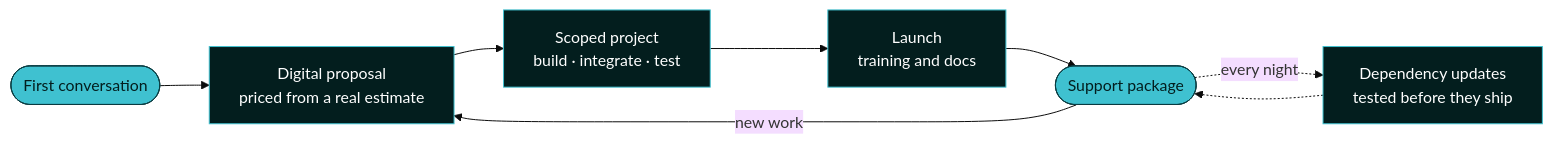
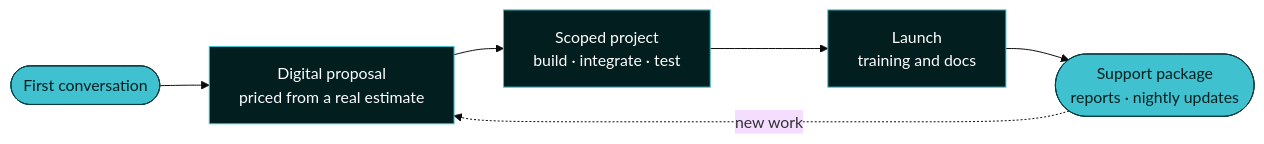
The diagram in profile/README.md (linchpin/.github), drawn with Mermaid (base theme) before and after one commit. The commit also changed other lines of this file, not shown here.

Commit message:
docs: fit the engagement diagram and label every table column

````diff
--- a/profile/README.md
+++ b/profile/README.md
@@ -55,15 +55,13 @@
 ```mermaid
 flowchart LR
     hello([First conversation]) --> proposal["Digital proposal<br/>priced from a real estimate"]
     proposal --> project["Scoped project<br/>build · integrate · test"]
     project --> launch["Launch<br/>training and docs"]
-    launch --> support(["Support package"])
-    support -- "new work" --> proposal
-    support -. "every night" .-> updates["Dependency updates<br/>tested before they ship"]
-    updates -.-> support
+    launch --> support(["Support package<br/>reports · nightly updates"])
+    support -. "new work" .-> proposal
 
     classDef brand fill:#3fc1d0,stroke:#0A3C41,color:#031e1e
     classDef deep fill:#031e1e,stroke:#3fc1d0,color:#ffffff
     class hello,support brand
-    class proposal,project,launch,updates deep
+    class proposal,project,launch deep
 ```
````
